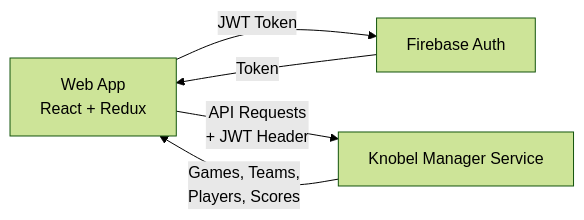
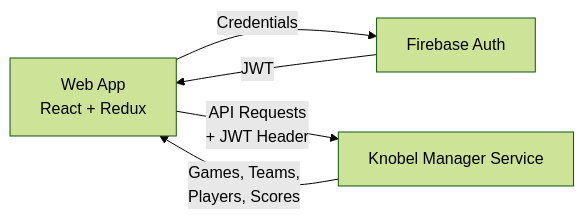
Before and after one commit to henok321/knobel-manager-app: the diagram in README.md, drawn with Mermaid.

Commit message:
docs: auth flow wording

````diff
--- a/README.md
+++ b/README.md
@@ -11,11 +11,11 @@
 ```mermaid
 ---
 config:
     theme: forest
 ---
 graph LR
-    Web-App[Web App<br/>React + Redux] -->|JWT Token| Auth[Firebase Auth]
+    Web-App[Web App<br/>React + Redux] -->|Credentials| Auth[Firebase Auth]
+    Auth -->|JWT| Web-App
     Web-App -->|API Requests<br/>+ JWT Header| Backend[Knobel Manager Service]
-    Auth -->|Token| Web-App
     Backend -->|Games, Teams,<br/>Players, Scores| Web-App
 ```
````
